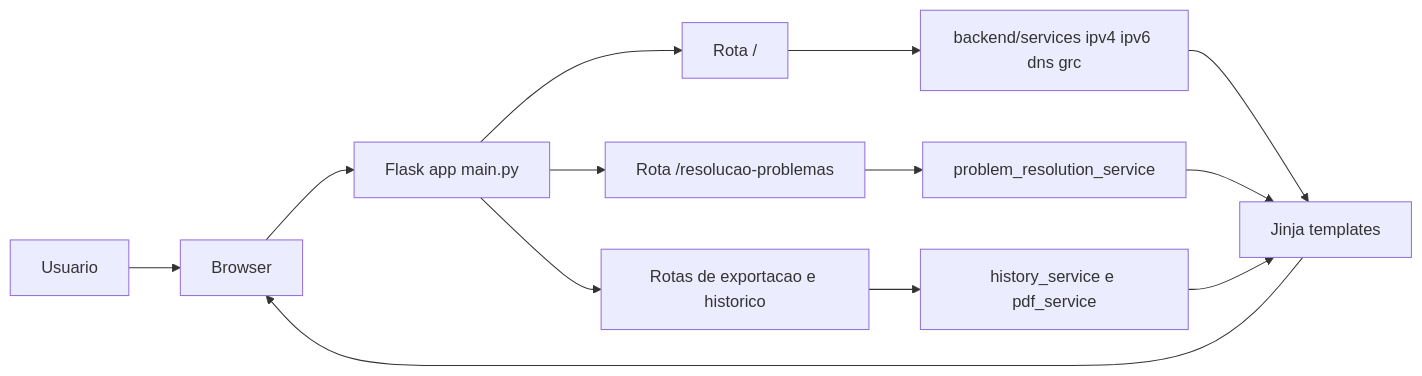
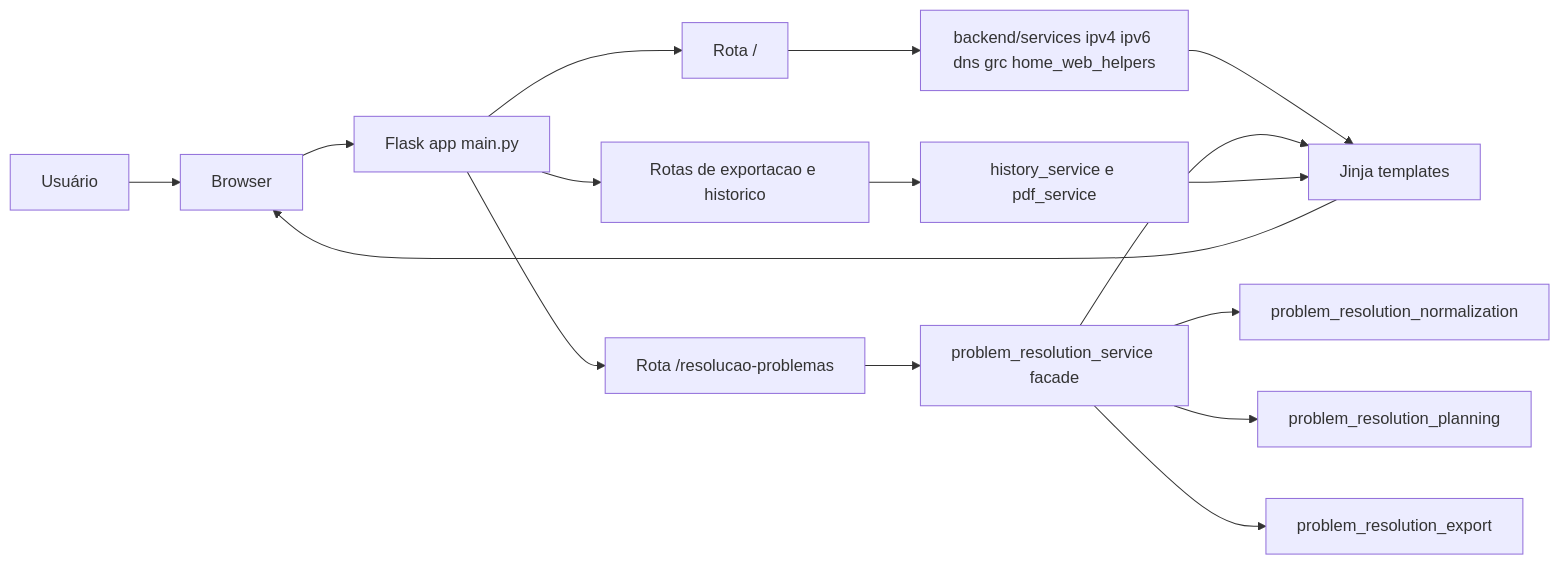
One commit to carmipa/FRAMEWORK_DE_REDES_ANALISE_DIDATICA_AVANCADA changed the first of 3 diagrams in README.md. Above: the diagram before and after it, drawn with Mermaid. The commit also changed other lines of this file and 8 other files, not shown here.

Commit message:
feat: implement problem resolution service architecture with normalization, planning, and web helper utilities.

````diff
--- a/README.md
+++ b/README.md
@@ -79,15 +79,18 @@
 ```mermaid
 flowchart LR
-    U[Usuario] --> W[Browser]
+    U[Usuário] --> W[Browser]
     W --> A[Flask app main.py]
     A --> R1[Rota /]
     A --> R2[Rota /resolucao-problemas]
     A --> R3[Rotas de exportacao e historico]
-    R1 --> S1[backend/services ipv4 ipv6 dns grc]
-    R2 --> S2[problem_resolution_service]
+    R1 --> S1[backend/services ipv4 ipv6 dns grc home_web_helpers]
+    R2 --> S2[problem_resolution_service facade]
+    S2 --> S2A[problem_resolution_normalization]
+    S2 --> S2B[problem_resolution_planning]
+    S2 --> S2C[problem_resolution_export]
     R3 --> S3[history_service e pdf_service]
     S1 --> T[Jinja templates]
     S2 --> T
     S3 --> T
     T --> W
 ```
````
